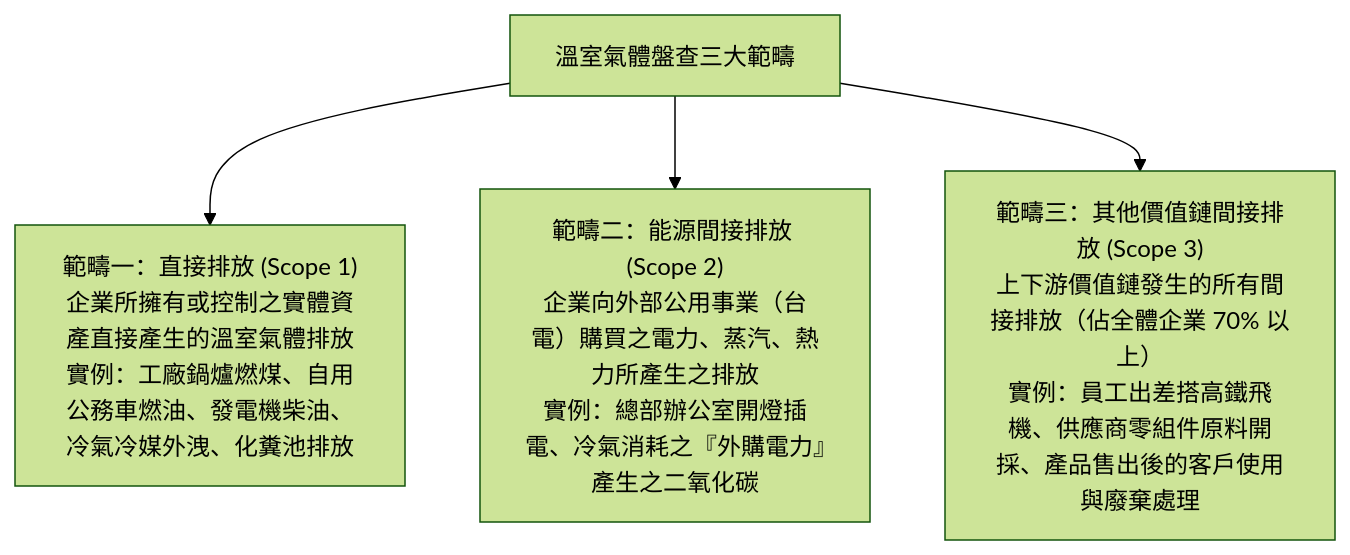
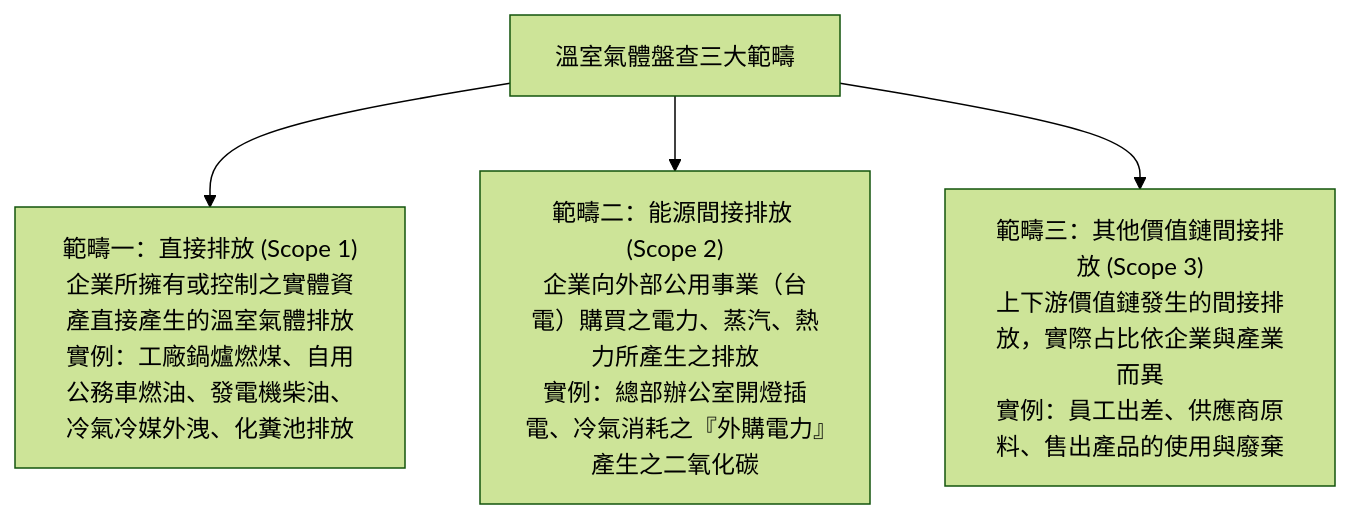
Before and after one commit to ehackerevan/exam-study-platform: the diagram in 教材/永續發展基礎能力重點教材/02_溫室氣體盤查(GHG)與碳定價機制.md, drawn with Mermaid (forest theme). The commit also changed other lines of this file and 28 other files, not shown here.

````diff
--- a/教材/永續發展基礎能力重點教材/02_溫室氣體盤查(GHG)與碳定價機制.md
+++ b/教材/永續發展基礎能力重點教材/02_溫室氣體盤查(GHG)與碳定價機制.md
@@ -26,7 +26,7 @@
 ```mermaid
 graph TD
     A[" 溫室氣體盤查三大範疇"]
     A --> B[" 範疇一：直接排放 (Scope 1)<br/>企業所擁有或控制之實體資產直接產生的溫室氣體排放<br/>實例：工廠鍋爐燃煤、自用公務車燃油、發電機柴油、冷氣冷媒外洩、化糞池排放"]
     A --> C[" 範疇二：能源間接排放 (Scope 2)<br/>企業向外部公用事業（台電）購買之電力、蒸汽、熱力所產生之排放<br/>實例：總部辦公室開燈插電、冷氣消耗之『外購電力』產生之二氧化碳"]
-    A --> D[" 範疇三：其他價值鏈間接排放 (Scope 3)<br/>上下游價值鏈發生的所有間接排放（佔全體企業 70% 以上）<br/>實例：員工出差搭高鐵飛機、供應商零組件原料開採、產品售出後的客戶使用與廢棄處理"]
+    A --> D[" 範疇三：其他價值鏈間接排放 (Scope 3)<br/>上下游價值鏈發生的間接排放，實際占比依企業與產業而異<br/>實例：員工出差、供應商原料、售出產品的使用與廢棄"]
 ```
````
